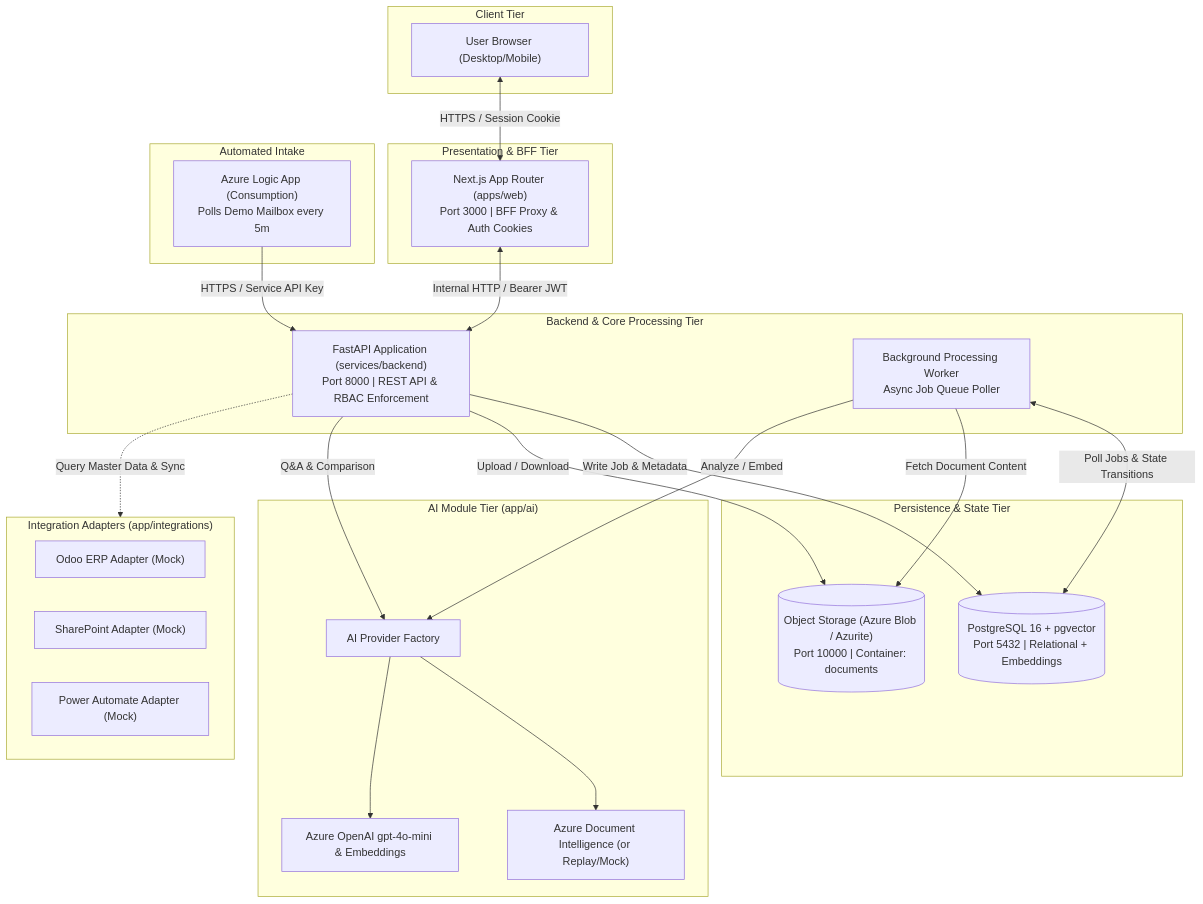
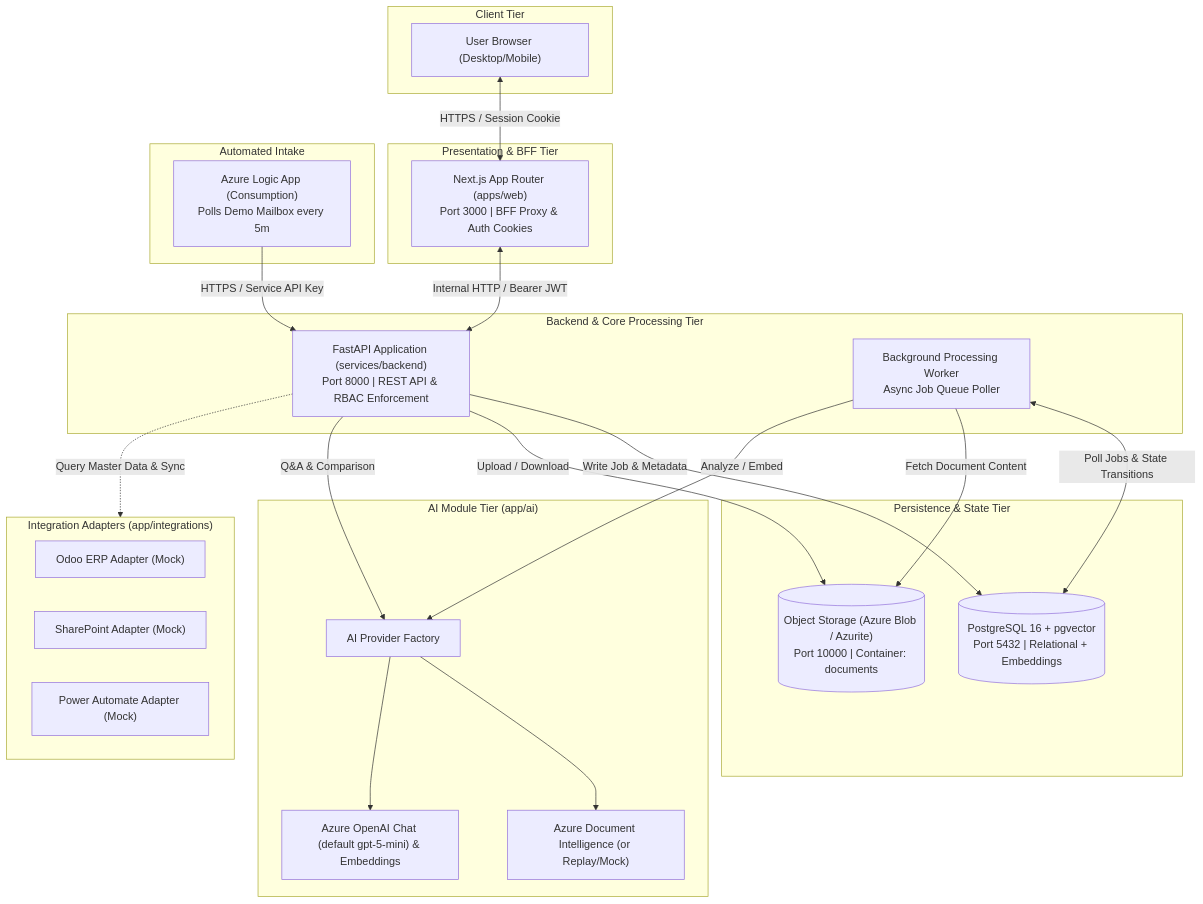
Before and after one commit to prabud0401/brilliant-procurement-ai: the first of 5 diagrams in docs/architecture.md, drawn with Mermaid. The commit also changed other lines of this file and 19 other files, not shown here.

````diff
--- a/docs/architecture.md
+++ b/docs/architecture.md
@@ -11,49 +11,49 @@
 ```mermaid
 flowchart TD
     subgraph Client["Client Tier"]
         Browser["User Browser (Desktop/Mobile)"]
     end
 
     subgraph Presentation["Presentation & BFF Tier"]
         Web["Next.js App Router (apps/web)<br/>Port 3000 | BFF Proxy & Auth Cookies"]
     end
 
     subgraph Service["Backend & Core Processing Tier"]
         API["FastAPI Application (services/backend)<br/>Port 8000 | REST API & RBAC Enforcement"]
         Worker["Background Processing Worker<br/>Async Job Queue Poller"]
     end
 
     subgraph Storage["Persistence & State Tier"]
         DB[("PostgreSQL 16 + pgvector<br/>Port 5432 | Relational + Embeddings")]
         Blob[("Object Storage (Azure Blob / Azurite)<br/>Port 10000 | Container: documents")]
     end
 
     subgraph AI["AI Module Tier (app/ai)"]
         AI_Factory["AI Provider Factory"]
         DI["Azure Document Intelligence (or Replay/Mock)"]
-        OAI["Azure OpenAI gpt-4o-mini & Embeddings"]
+        OAI["Azure OpenAI Chat (default gpt-5-mini) & Embeddings"]
     end
 
     subgraph Integrations["Integration Adapters (app/integrations)"]
         Odoo["Odoo ERP Adapter (Mock)"]
         SharePoint["SharePoint Adapter (Mock)"]
         PowerAutomate["Power Automate Adapter (Mock)"]
     end
 
     subgraph Ingestion["Automated Intake"]
         LogicApp["Azure Logic App (Consumption)<br/>Polls Demo Mailbox every 5m"]
     end
 
     Browser <-->|HTTPS / Session Cookie| Web
     Web <-->|Internal HTTP / Bearer JWT| API
     LogicApp -->|HTTPS / Service API Key| API
     API -->|Write Job & Metadata| DB
     API -->|Upload / Download| Blob
     Worker <-->|Poll Jobs & State Transitions| DB
     Worker -->|Fetch Document Content| Blob
     Worker -->|Analyze / Embed| AI_Factory
     API -->|Q&A & Comparison| AI_Factory
     AI_Factory --> DI
     AI_Factory --> OAI
     API -.->|Query Master Data & Sync| Integrations
 ```
````
